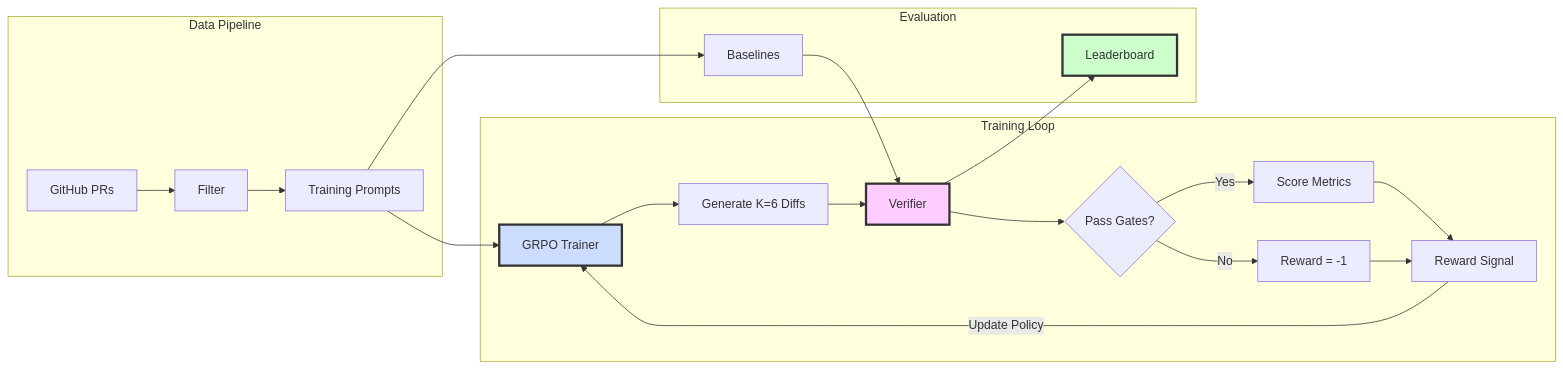
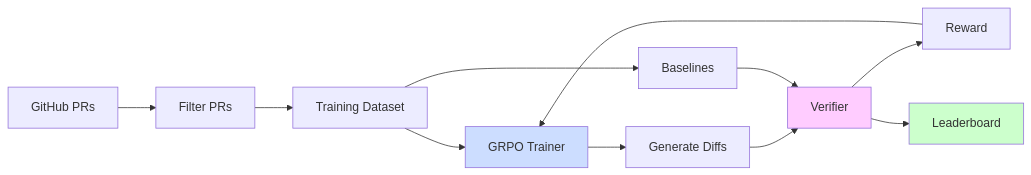
The diagram in README.md (aniltolwani/clobber), drawn with Mermaid before and after one commit.

Commit message:
Simplify architecture diagram - remove subgraphs
- Switch to simple flowchart without nested subgraphs
- Remove decision nodes and extra labels causing clutter
- Clean linear flow: Data → Training (with feedback loop) → Evaluation
- Keep colored highlights for key components

````diff
--- a/README.md
+++ b/README.md
@@ -52,30 +52,19 @@
 ```mermaid
-graph LR
-    subgraph Data["Data Pipeline"]
-        A[GitHub PRs] --> B[Filter]
-        B --> C[Training Prompts]
-    end
+flowchart LR
+    A[GitHub PRs] --> B[Filter PRs]
+    B --> C[Training Dataset]
 
-    subgraph Training["Training Loop"]
-        D[GRPO Trainer] --> E[Generate K=6 Diffs]
-        E --> F[Verifier]
-        F --> G{Pass Gates?}
-        G -->|Yes| H[Score Metrics]
-        G -->|No| I[Reward = -1]
-        H --> J[Reward Signal]
-        I --> J
-        J -->|Update Policy| D
-    end
+    C --> D[GRPO Trainer]
+    D --> E[Generate Diffs]
+    E --> F[Verifier]
+    F --> G[Reward]
+    G --> D
 
-    subgraph Eval["Evaluation"]
-        K[Baselines] --> F
-        F --> L[Leaderboard]
-    end
+    C --> H[Baselines]
+    H --> F
+    F --> I[Leaderboard]
 
-    C --> D
-    C --> K
-
-    style F fill:#ffccff,stroke:#333,stroke-width:3px
-    style D fill:#ccddff,stroke:#333,stroke-width:3px
-    style L fill:#ccffcc,stroke:#333,stroke-width:3px
+    style F fill:#ffccff
+    style D fill:#ccddff
+    style I fill:#ccffcc
 ```
````
